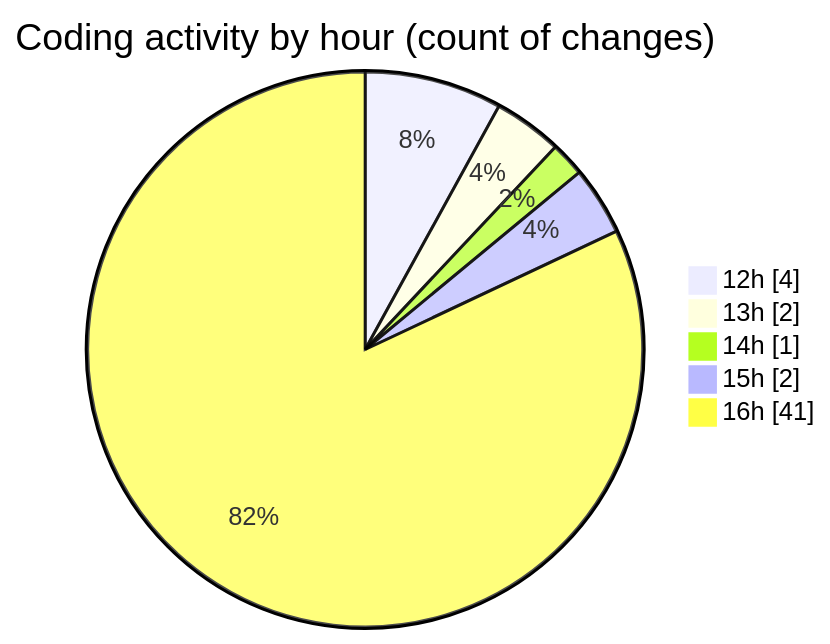
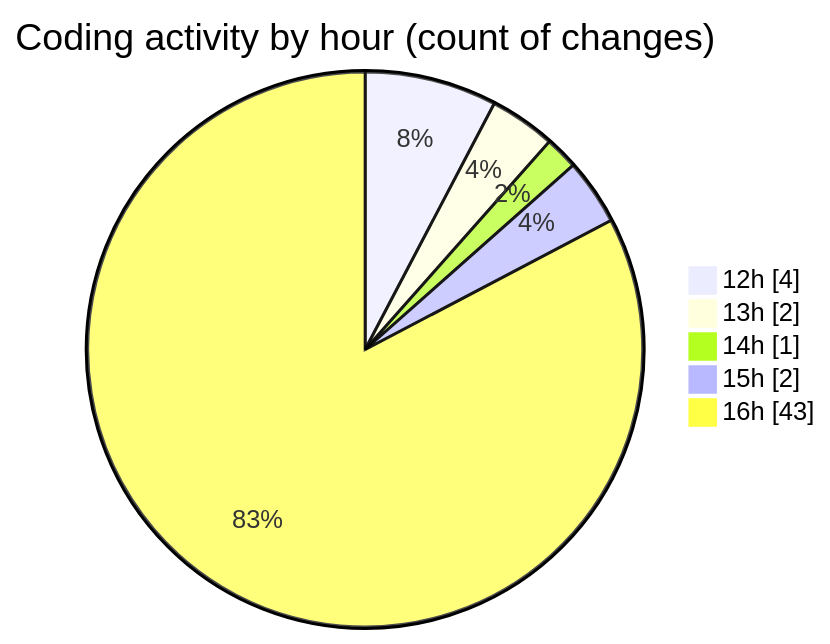
The second of 2 diagrams in 2026-06-12/nxtqube_webapp/README.md (nxtqubesakshisongat/code-tracking), drawn with Mermaid before and after one commit. The commit also changed other lines of this file and 1 other file, not shown here.

````diff
--- a/2026-06-12/nxtqube_webapp/README.md
+++ b/2026-06-12/nxtqube_webapp/README.md
@@ -30,9 +30,9 @@
 ```mermaid
 pie showData
 title Coding activity by hour (count of changes)
 "12h" : 4
 "13h" : 2
 "14h" : 1
 "15h" : 2
-"16h" : 41
+"16h" : 43
 ```
````
